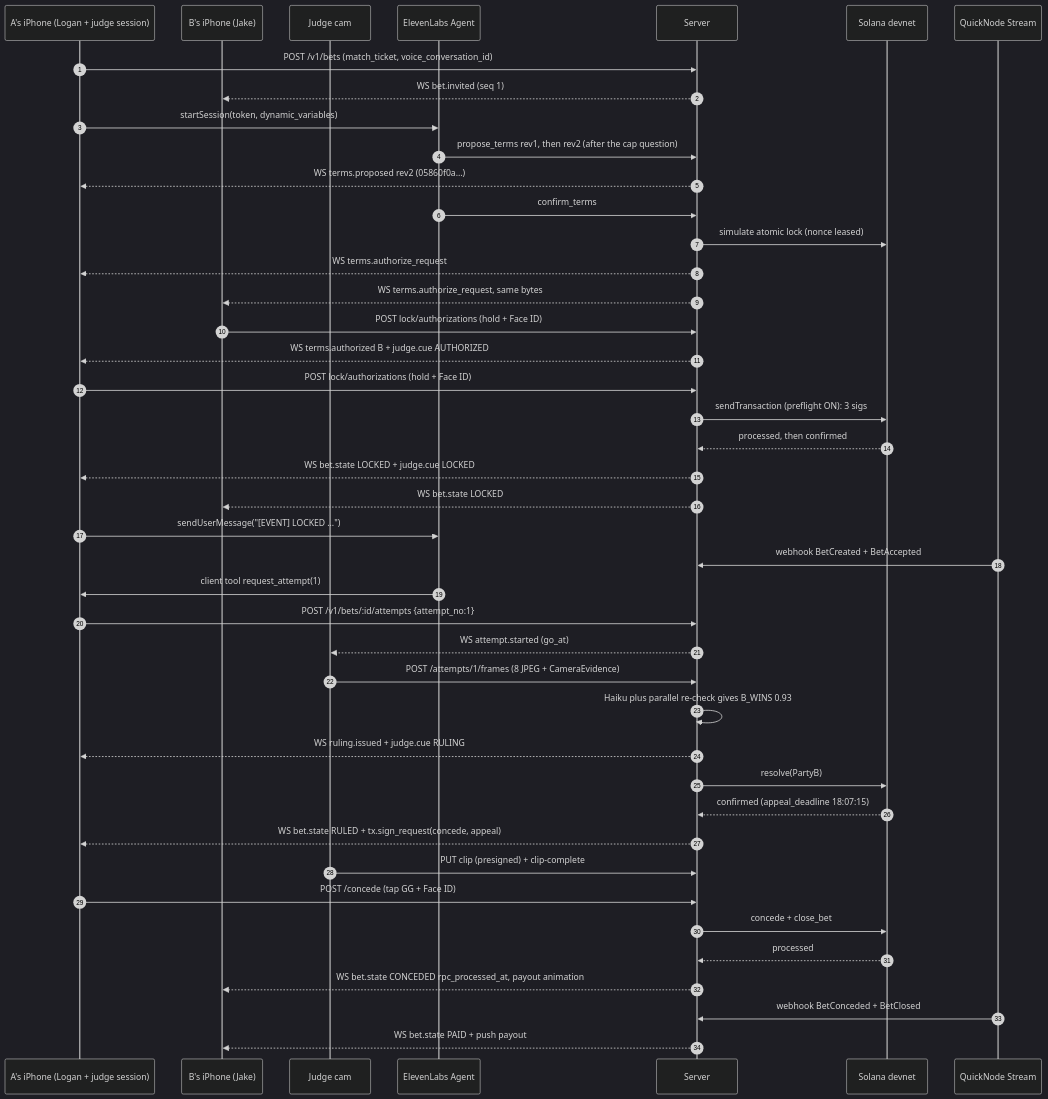
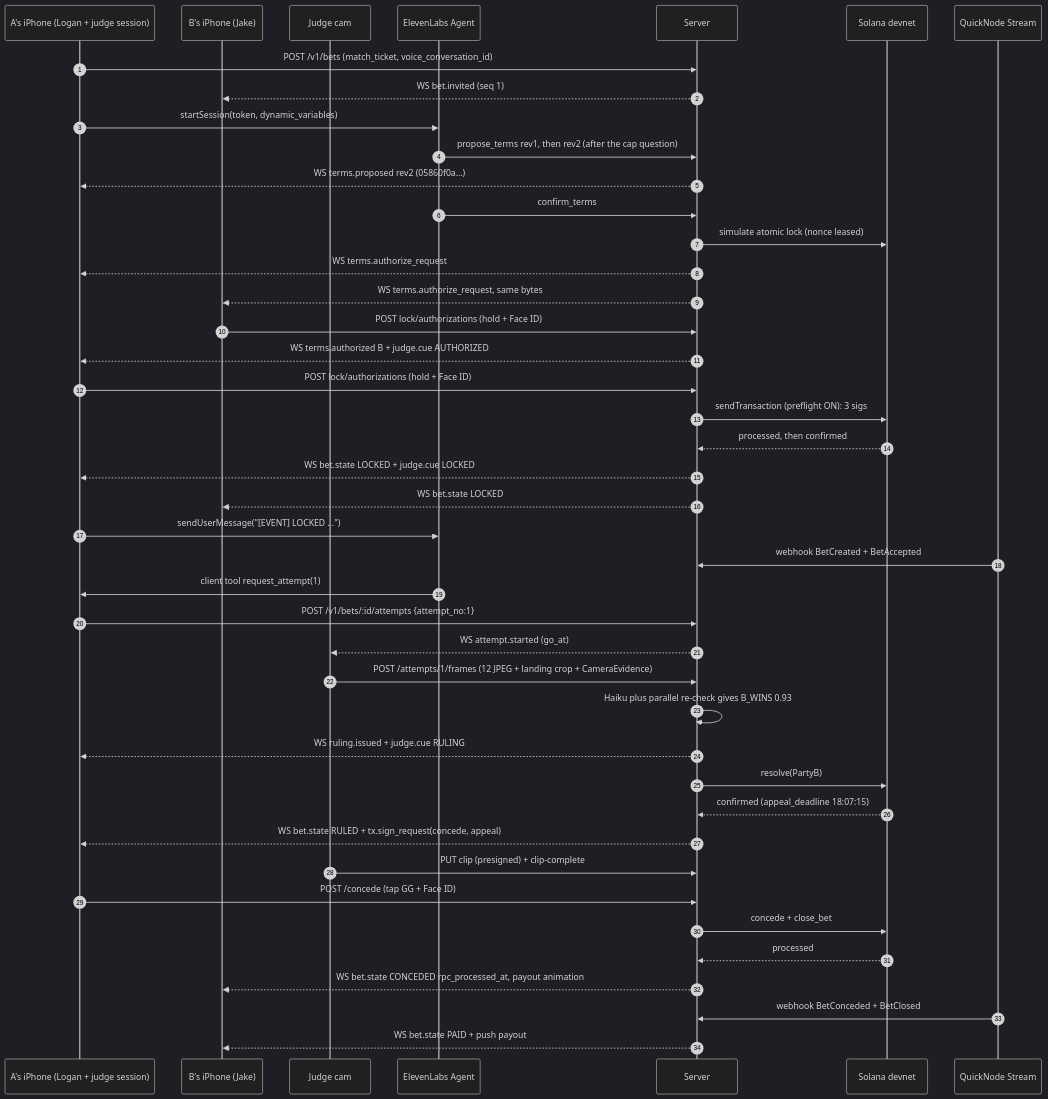
The second of 2 diagrams in docs/planning/API-CONTRACT.md (AlaricCode/YoureOn), drawn with Mermaid (dark theme) before and after one commit. The commit also changed other lines of this file and 6 other files, not shown here.

First line of the commit message:
docs(planning): D10 built (12 frames + the landing crop) and the two-phone recorder

````diff
--- a/docs/planning/API-CONTRACT.md
+++ b/docs/planning/API-CONTRACT.md
@@ -1178,45 +1179,45 @@
 ```mermaid
 sequenceDiagram
     autonumber
     participant A as A's iPhone (Logan + judge session)
     participant B as B's iPhone (Jake)
     participant J as Judge cam
     participant EL as ElevenLabs Agent
     participant S as Server
     participant C as Solana devnet
     participant Q as QuickNode Stream
     A->>S: POST /v1/bets (match_ticket, voice_conversation_id)
     S-->>B: WS bet.invited (seq 1)
     A->>EL: startSession(token, dynamic_variables)
     EL->>S: propose_terms rev1, then rev2 (after the cap question)
     S-->>A: WS terms.proposed rev2 (05860f0a…)
     EL->>S: confirm_terms
     S->>C: simulate atomic lock (nonce leased)
     S-->>A: WS terms.authorize_request
     S-->>B: WS terms.authorize_request, same bytes
     B->>S: POST lock/authorizations (hold + Face ID)
     S-->>A: WS terms.authorized B + judge.cue AUTHORIZED
     A->>S: POST lock/authorizations (hold + Face ID)
     S->>C: sendTransaction (preflight ON): 3 sigs
     C-->>S: processed, then confirmed
     S-->>A: WS bet.state LOCKED + judge.cue LOCKED
     S-->>B: WS bet.state LOCKED
     A->>EL: sendUserMessage("[EVENT] LOCKED …")
     Q->>S: webhook BetCreated + BetAccepted
     EL->>A: client tool request_attempt(1)
     A->>S: POST /v1/bets/:id/attempts {attempt_no:1}
     S-->>J: WS attempt.started (go_at)
-    J->>S: POST /attempts/1/frames (8 JPEG + CameraEvidence)
+    J->>S: POST /attempts/1/frames (12 JPEG + landing crop + CameraEvidence)
     S->>S: Haiku plus parallel re-check gives B_WINS 0.93
     S-->>A: WS ruling.issued + judge.cue RULING
     S->>C: resolve(PartyB)
     C-->>S: confirmed (appeal_deadline 18:07:15)
     S-->>A: WS bet.state RULED + tx.sign_request(concede, appeal)
     J->>S: PUT clip (presigned) + clip-complete
     A->>S: POST /concede (tap GG + Face ID)
     S->>C: concede + close_bet
     C-->>S: processed
     S-->>B: WS bet.state CONCEDED rpc_processed_at, payout animation
     Q->>S: webhook BetConceded + BetClosed
     S-->>B: WS bet.state PAID + push payout
 ```
````
